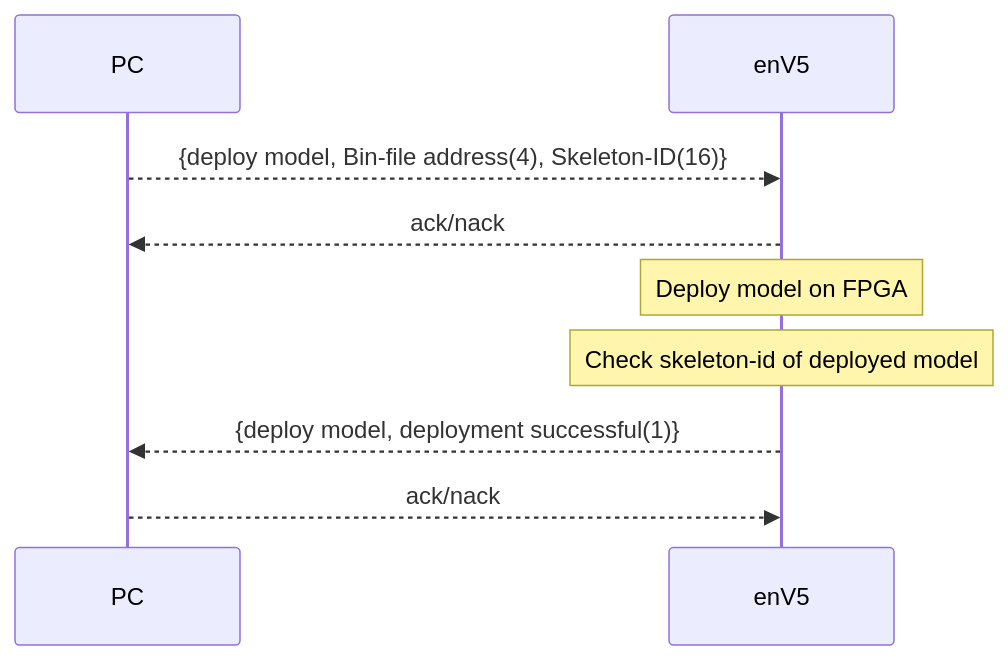
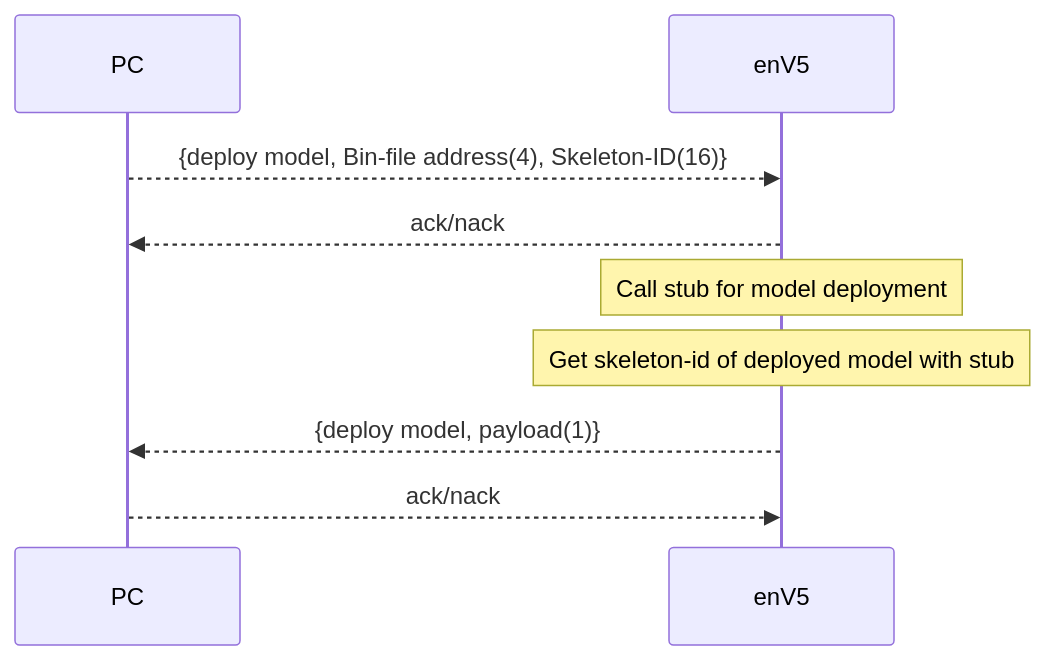
Before and after one commit to es-ude/elastic-ai.runtime.enV5: diagram 11 of 11 in python_utils/elasticai/runtime/env5/usb/README.adoc, drawn with Mermaid. The commit also changed other lines of this file, not shown here.

```diff
--- a/python_utils/elasticai/runtime/env5/usb/README.adoc
+++ b/python_utils/elasticai/runtime/env5/usb/README.adoc
@@ -202,10 +208,10 @@
 [mermaid]
 ....
 sequenceDiagram
     PC-->>enV5: {deploy model, Bin-file address(4), Skeleton-ID(16)}
     enV5-->>PC: ack/nack
-    Note over enV5: Deploy model on FPGA
-    Note over enV5: Check skeleton-id of deployed model
-    enV5-->>PC: {deploy model, deployment successful(1)}
+    Note over enV5: Call stub for model deployment
+    Note over enV5: Get skeleton-id of deployed model with stub
+    enV5-->>PC: {deploy model, payload(1)}
     PC-->>enV5: ack/nack
 ....
```
